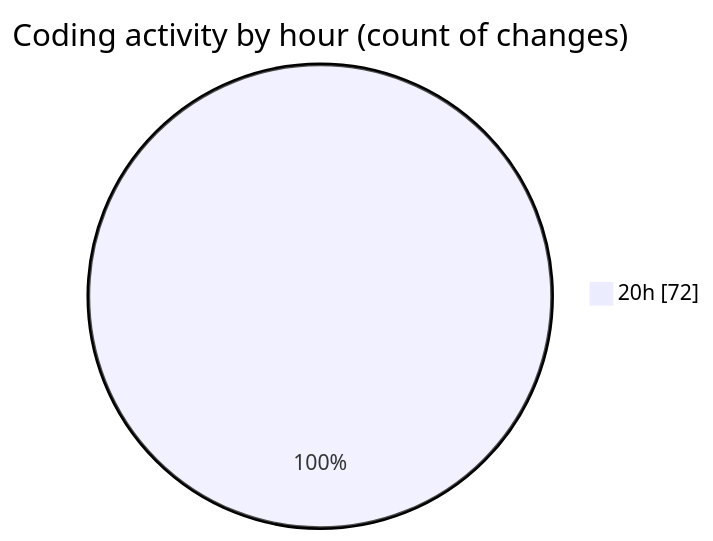
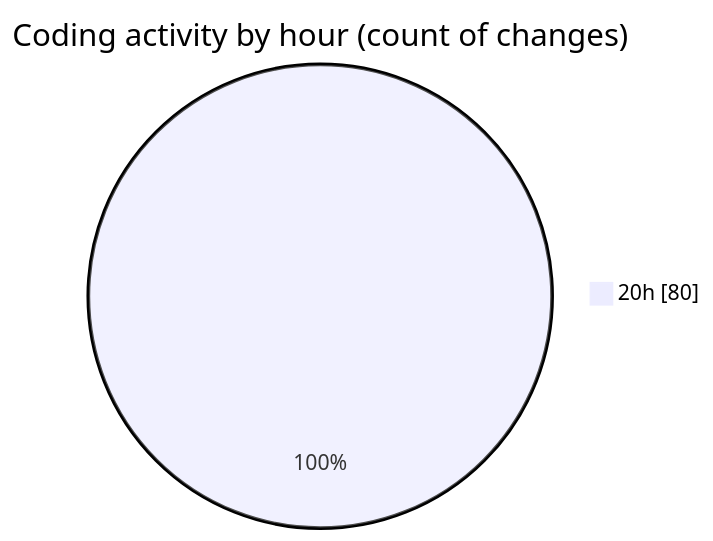
One commit to Ritupan-Deka/code-tracking changed the second of 2 diagrams in 2025-07-26/javascript/README.md. Above: the diagram before and after it, drawn with Mermaid. The commit also changed other lines of this file and 1 other file, not shown here.

````diff
--- a/2025-07-26/javascript/README.md
+++ b/2025-07-26/javascript/README.md
@@ -28,5 +28,5 @@
 ```mermaid
 pie showData
 title Coding activity by hour (count of changes)
-"20h" : 72
+"20h" : 80
 ```
````
